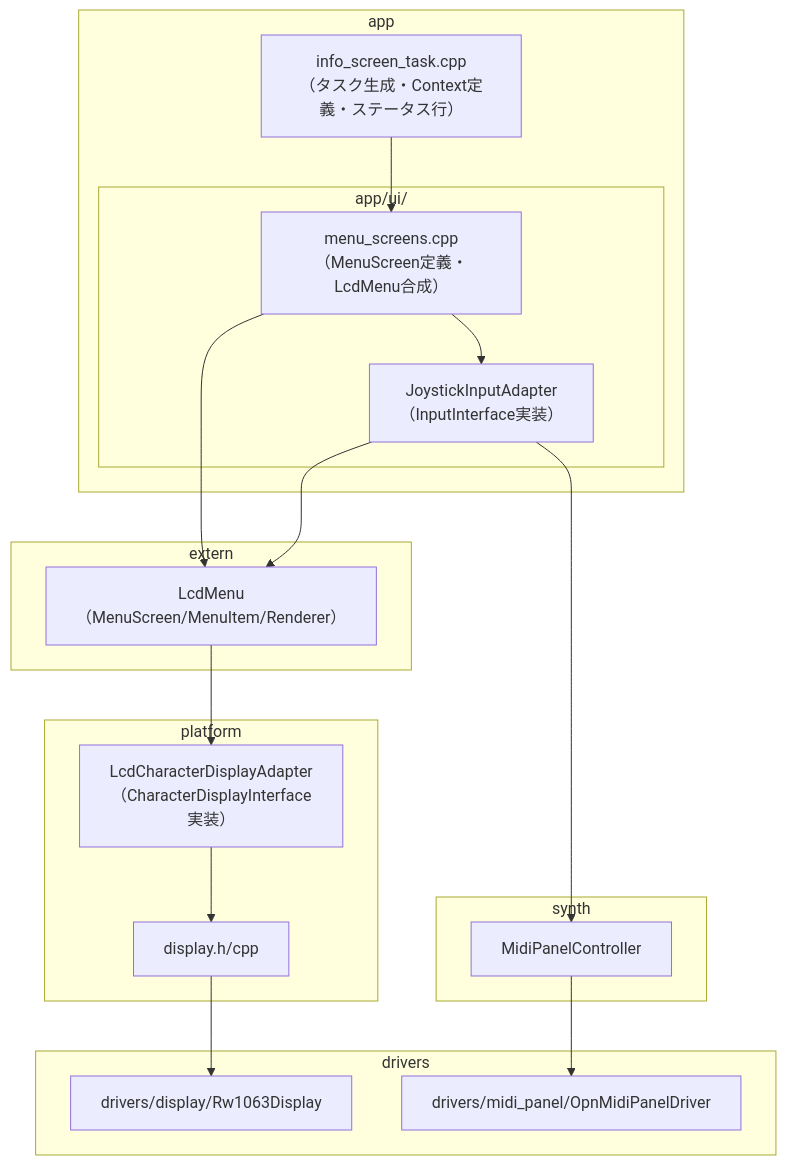
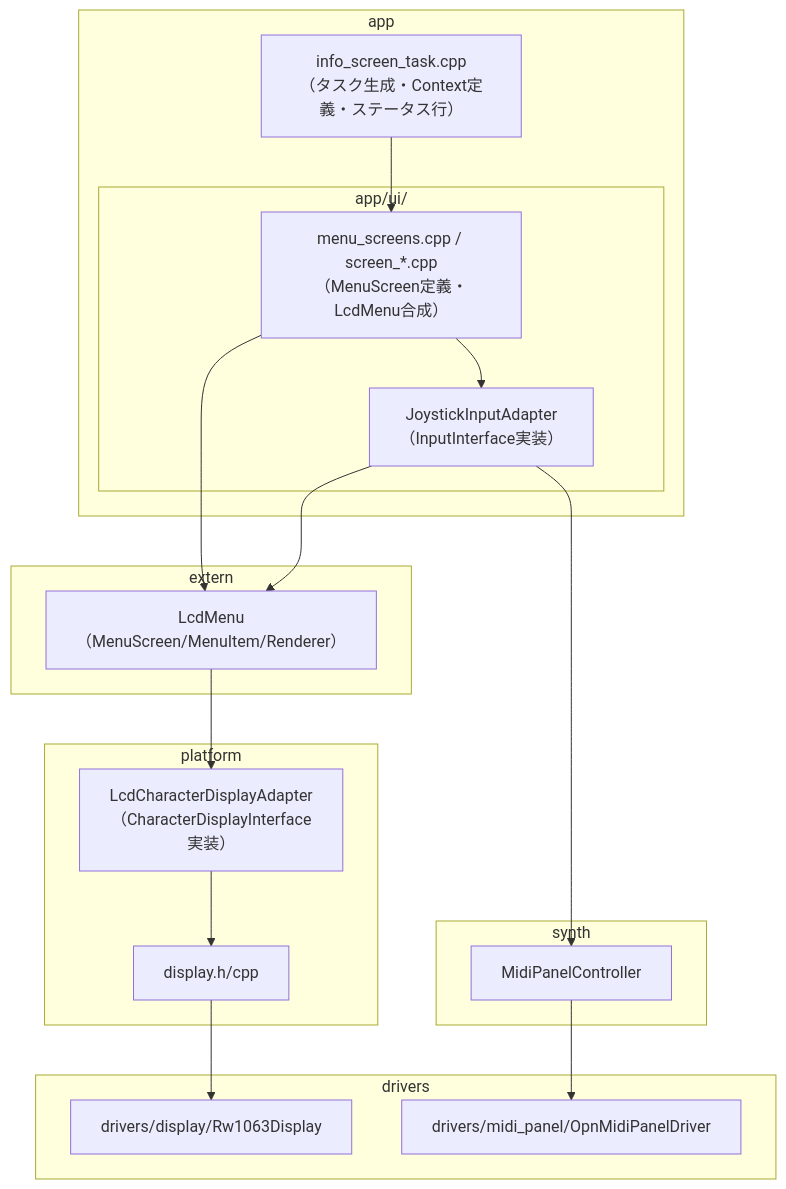
One commit to 46nori/FMSynthEnsembleV3 changed the first of 5 diagrams in doc/design_display_menu.md. Above: the diagram before and after it, drawn with Mermaid. The commit also changed other lines of this file and 18 other files, not shown here.

First line of the commit message:
menu_screens.cppを画面ごとのモジュールに分割する

````diff
--- a/doc/design_display_menu.md
+++ b/doc/design_display_menu.md
@@ -42,34 +42,34 @@
 ```mermaid
 flowchart TD
     subgraph app
         TaskApp["info_screen_task.cpp<br/>（タスク生成・Context定義・ステータス行）"]
         subgraph ui["app/ui/"]
-            ScreenApp["menu_screens.cpp<br/>（MenuScreen定義・LcdMenu合成）"]
+            ScreenApp["menu_screens.cpp / screen_*.cpp<br/>（MenuScreen定義・LcdMenu合成）"]
             JoyAdapter["JoystickInputAdapter<br/>（InputInterface実装）"]
         end
     end
     subgraph extern
         LcdMenuLib["LcdMenu<br/>（MenuScreen/MenuItem/Renderer）"]
     end
     subgraph platform
         DisplayAdapter["LcdCharacterDisplayAdapter<br/>（CharacterDisplayInterface実装）"]
         PlatformDisplay["display.h/cpp"]
     end
     subgraph synth
         PanelController["MidiPanelController"]
     end
     subgraph drivers
         Rw1063["drivers/display/Rw1063Display"]
         PanelDriver["drivers/midi_panel/OpnMidiPanelDriver"]
     end
 
     TaskApp --> ScreenApp
     ScreenApp --> LcdMenuLib
     ScreenApp --> JoyAdapter
     JoyAdapter --> LcdMenuLib
     JoyAdapter --> PanelController
     LcdMenuLib --> DisplayAdapter
     DisplayAdapter --> PlatformDisplay
     PlatformDisplay --> Rw1063
     PanelController --> PanelDriver
 ```
````
